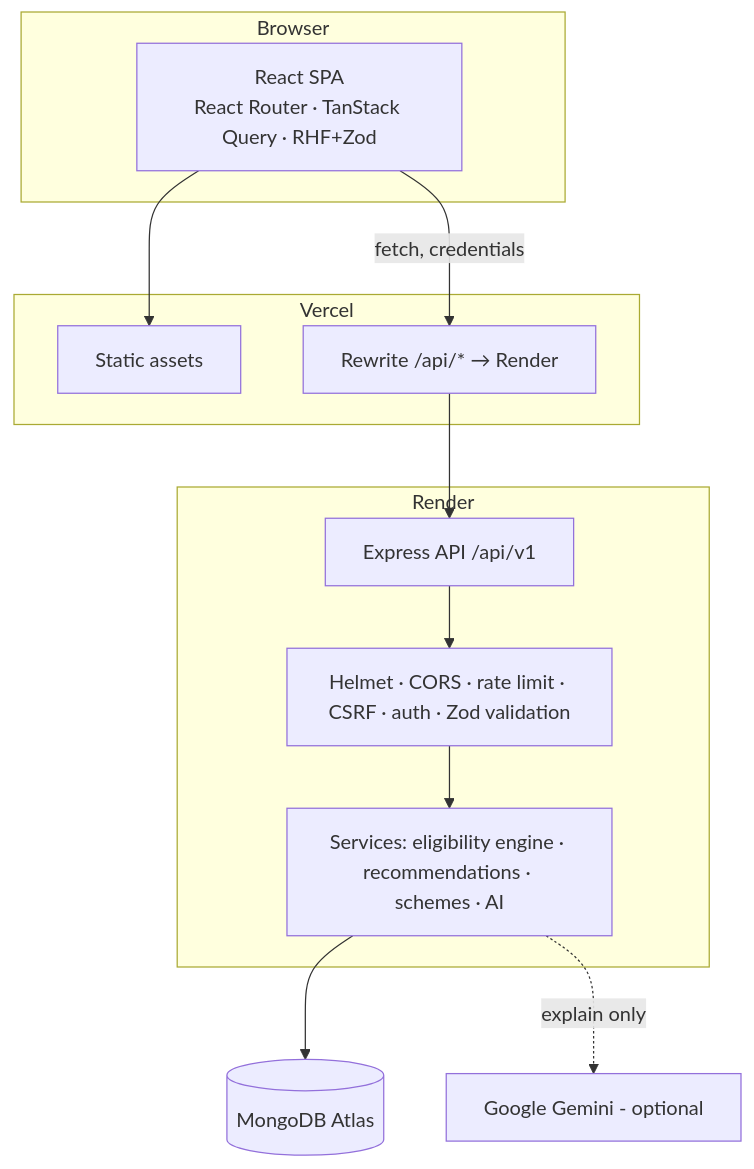
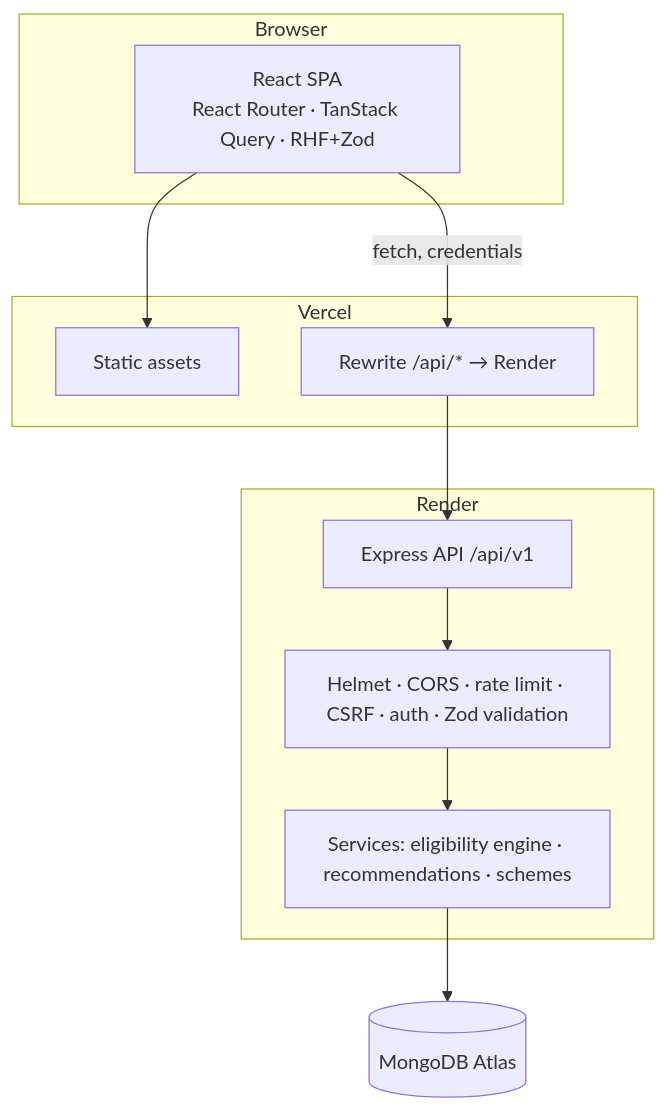
Before and after one commit to KhushiGupta0104/SchemeSetu: the diagram in docs/ARCHITECTURE.md, drawn with Mermaid. The commit also changed other lines of this file and 29 other files, not shown here.

````diff
--- a/docs/ARCHITECTURE.md
+++ b/docs/ARCHITECTURE.md
@@ -6,21 +6,19 @@
 ```mermaid
 flowchart TB
   subgraph Browser
     UI[React SPA<br/>React Router · TanStack Query · RHF+Zod]
   end
   subgraph Vercel
     STATIC[Static assets]
     RW[Rewrite /api/* → Render]
   end
   subgraph Render
     API[Express API /api/v1]
     MW[Helmet · CORS · rate limit · CSRF · auth · Zod validation]
-    SVC[Services: eligibility engine · recommendations · schemes · AI]
+    SVC[Services: eligibility engine · recommendations · schemes]
   end
   DB[(MongoDB Atlas)]
-  GEM[Google Gemini - optional]
   UI --> STATIC
   UI -- fetch, credentials --> RW --> API
   API --> MW --> SVC --> DB
-  SVC -. explain only .-> GEM
 ```
````
